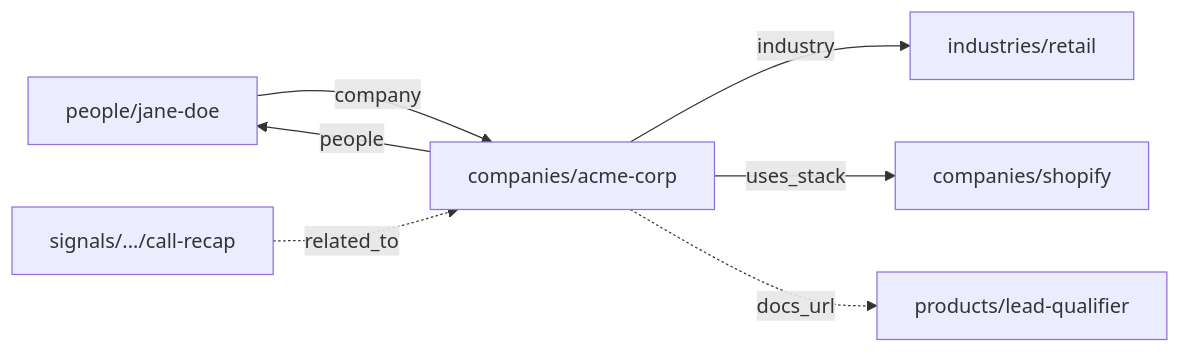
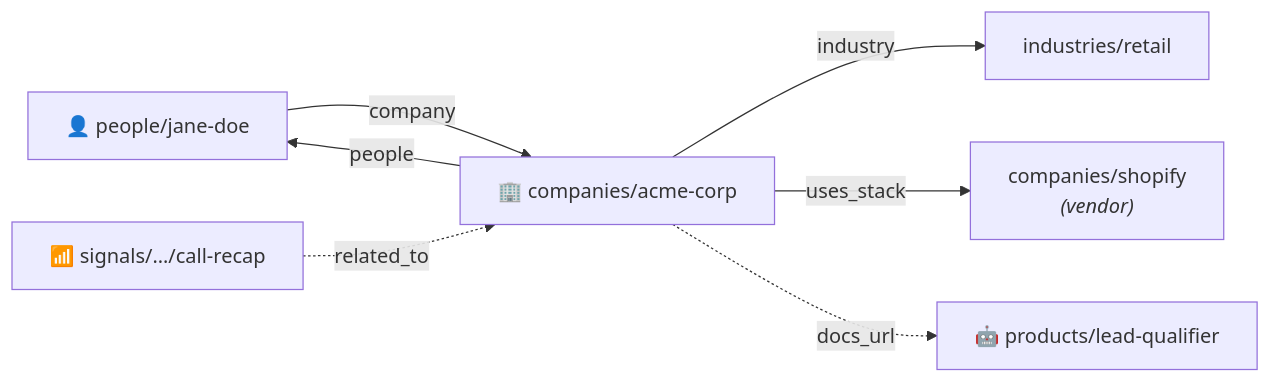
One commit to danivellagit/company-knowledge-brain-template changed the second of 2 diagrams in README.md. Above: the diagram before and after it, drawn with Mermaid. The commit also changed other lines of this file, not shown here.

First line of the commit message:
docs: refresh README — clearer, more visual (tree, two-tier diagram, day-in-the-life)

````diff
--- a/README.md
+++ b/README.md
@@ -64,9 +102,9 @@
 ```mermaid
 flowchart LR
-  P["people/jane-doe"] -- "company" --> C["companies/acme-corp"]
-  C -- "people" --> P
-  C -- "industry" --> I["industries/retail"]
-  C -- "uses_stack" --> S["companies/shopify"]
-  Sig["signals/.../call-recap"] -. "related_to" .-> C
-  C -. "docs_url" .-> Pr["products/lead-qualifier"]
+  P["👤 people/jane-doe"] -- company --> C["🏢 companies/acme-corp"]
+  C -- people --> P
+  C -- industry --> I["industries/retail"]
+  C -- uses_stack --> S["companies/shopify<br/><i>(vendor)</i>"]
+  Sig["📶 signals/…/call-recap"] -. related_to .-> C
+  C -. docs_url .-> Pr["🤖 products/lead-qualifier"]
 ```
````
